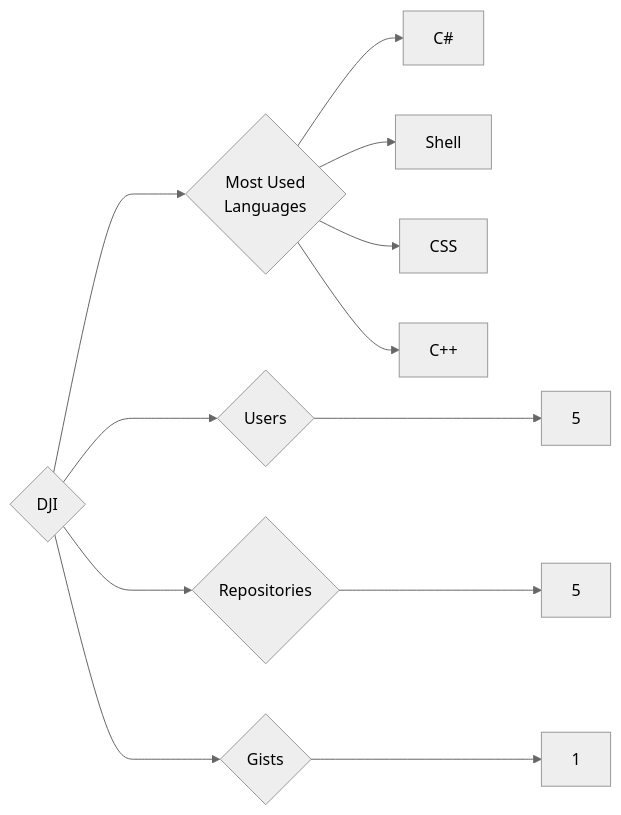
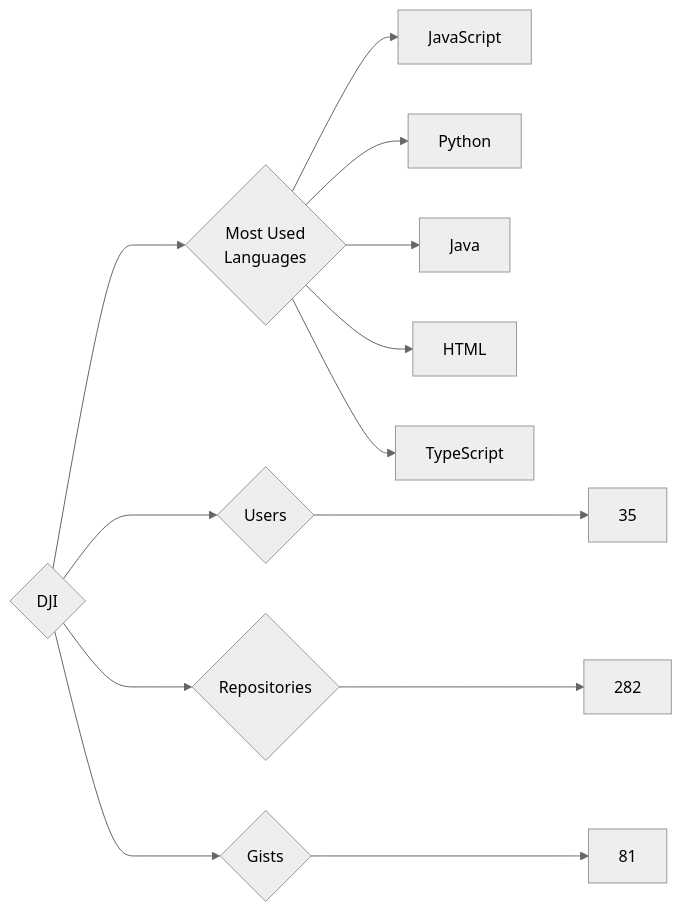
One commit to trickest/insiders changed the diagram in targets/DJI/README.md. Above: the diagram before and after it, drawn with Mermaid (neutral theme). The commit also changed 809 other files, not shown here.

````diff
--- a/targets/DJI/README.md
+++ b/targets/DJI/README.md
@@ -3,12 +3,13 @@
 ```mermaid
 graph LR
 COMPANY_NAME{DJI}
-COMPANY_NAME ---> U{Users} ---> UN[5]
-COMPANY_NAME ---> R{Repositories} ---> RN[5]
-COMPANY_NAME ---> G{Gists} ---> GN[1]
+COMPANY_NAME ---> U{Users} ---> UN[35]
+COMPANY_NAME ---> R{Repositories} ---> RN[282]
+COMPANY_NAME ---> G{Gists} ---> GN[81]
 COMPANY_NAME ---> ML{Most Used<br>Languages}
-ML --> C#[C#]
-ML --> Shell[Shell]
-ML --> CSS[CSS]
-ML --> C++[C++]
+ML --> JavaScript[JavaScript]
+ML --> Python[Python]
+ML --> Java[Java]
+ML --> HTML[HTML]
+ML --> TypeScript[TypeScript]
 ```
````
